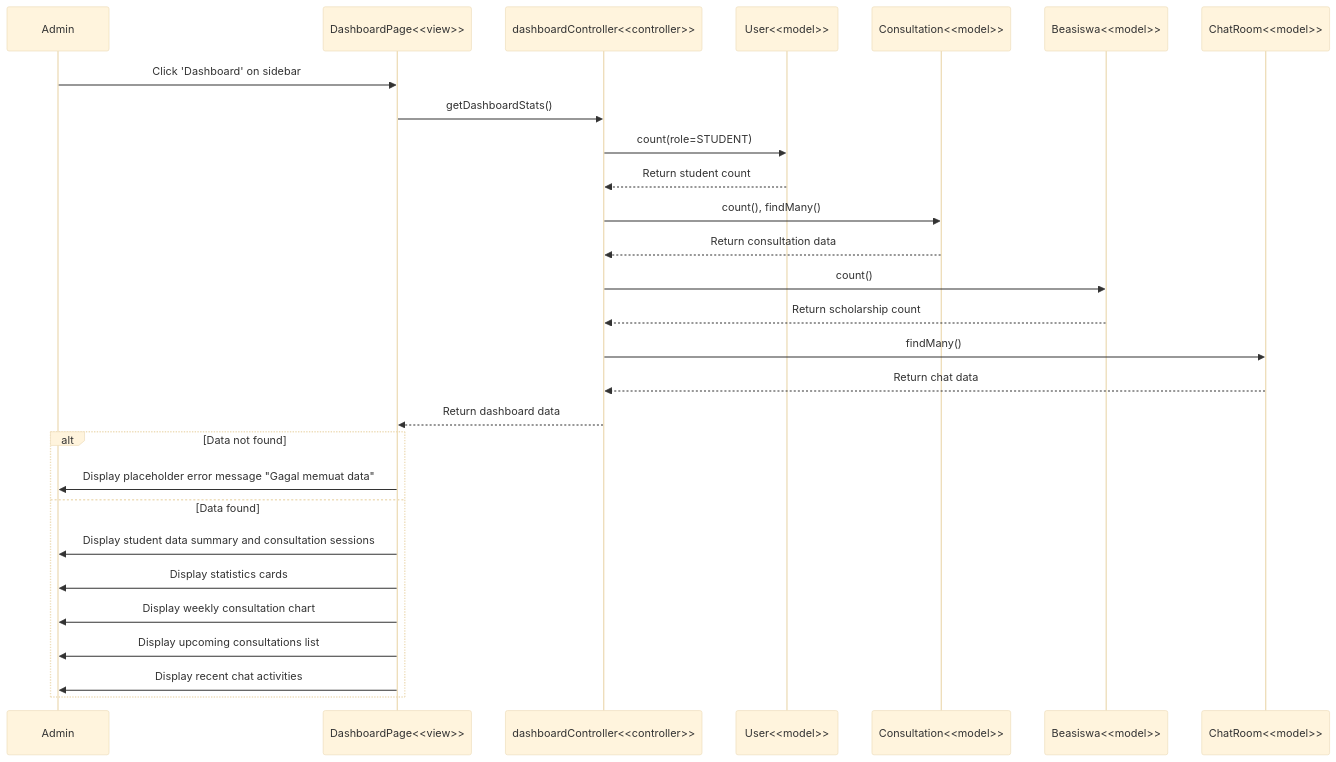
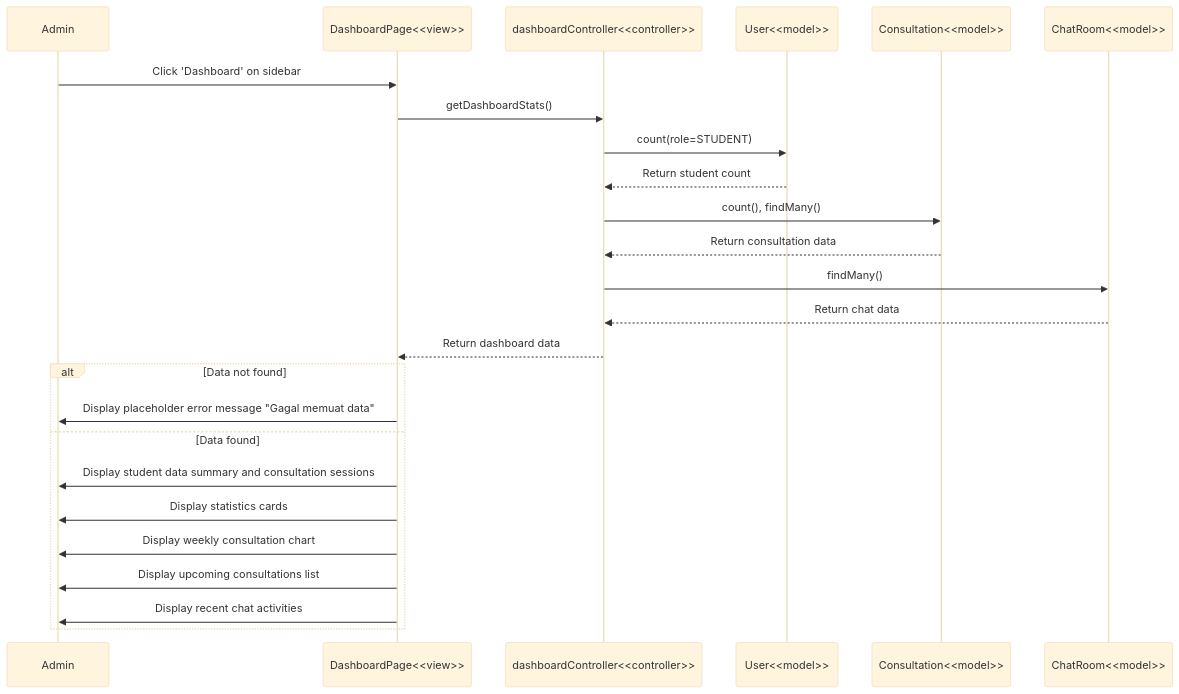
One commit to StevanRevalino/Edupath changed the diagram in LIHAT_DASHBOARD_ADMIN_CODE_FLOW.md. Above: the diagram before and after it, drawn with Mermaid (base theme). The commit also changed other lines of this file and 1 other file, not shown here.

````diff
--- a/LIHAT_DASHBOARD_ADMIN_CODE_FLOW.md
+++ b/LIHAT_DASHBOARD_ADMIN_CODE_FLOW.md
@@ -54,32 +53,29 @@
 ```mermaid
 sequenceDiagram
     participant Admin
     participant DashboardPage as DashboardPage<<view>>
     participant dashboardController as dashboardController<<controller>>
     participant User as User<<model>>
     participant Consultation as Consultation<<model>>
-    participant Beasiswa as Beasiswa<<model>>
     participant ChatRoom as ChatRoom<<model>>
 
     Admin->>DashboardPage: Click 'Dashboard' on sidebar
     DashboardPage->>dashboardController: getDashboardStats()
     dashboardController->>User: count(role=STUDENT)
     User-->>dashboardController: Return student count
     dashboardController->>Consultation: count(), findMany()
     Consultation-->>dashboardController: Return consultation data
-    dashboardController->>Beasiswa: count()
-    Beasiswa-->>dashboardController: Return scholarship count
     dashboardController->>ChatRoom: findMany()
     ChatRoom-->>dashboardController: Return chat data
     dashboardController-->>DashboardPage: Return dashboard data
 
     alt Data not found
         DashboardPage->>Admin: Display placeholder error message "Gagal memuat data"
     else Data found
         DashboardPage->>Admin: Display student data summary and consultation sessions
         DashboardPage->>Admin: Display statistics cards
         DashboardPage->>Admin: Display weekly consultation chart
         DashboardPage->>Admin: Display upcoming consultations list
         DashboardPage->>Admin: Display recent chat activities
     end
 ```
````
